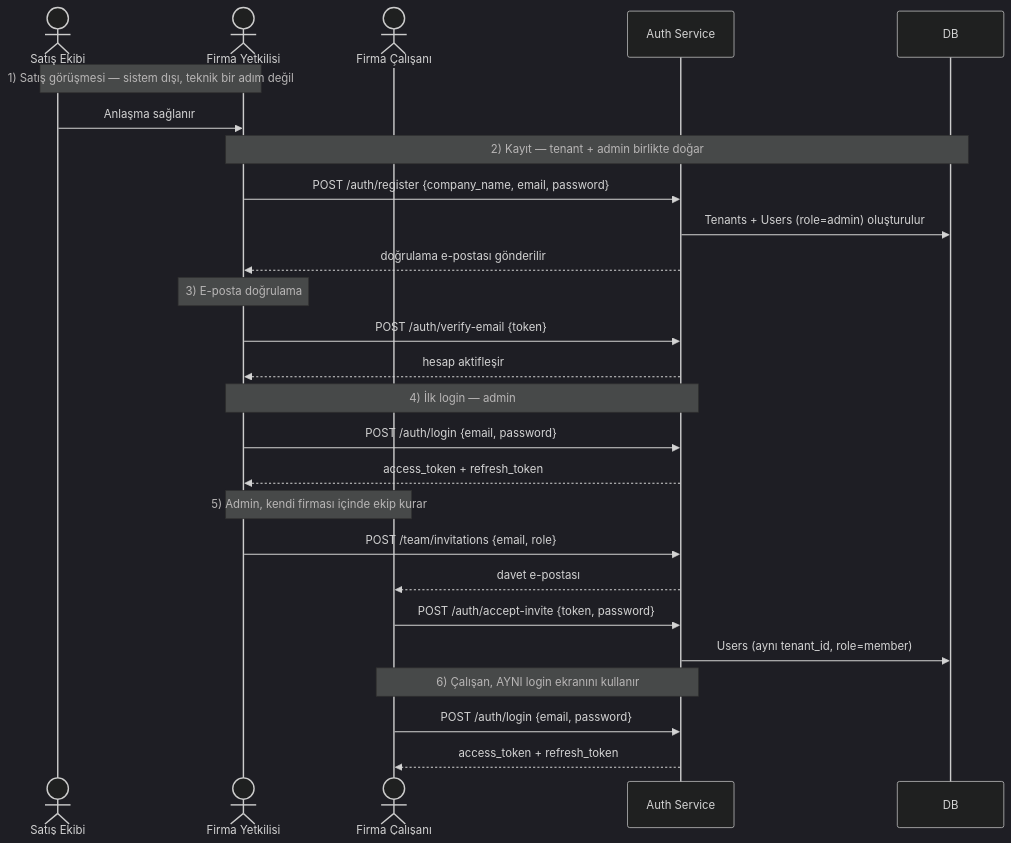
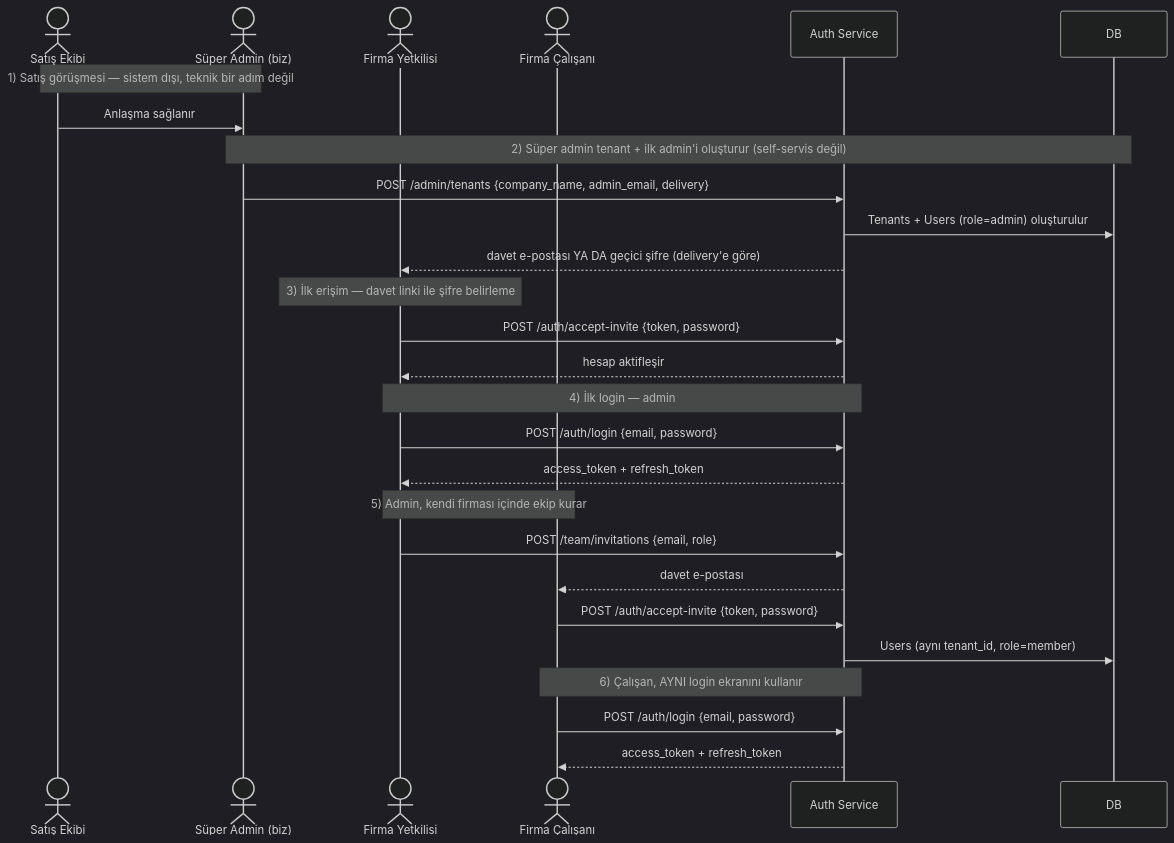
Before and after one commit to yusufkrnz/NPBackDocs: the diagram in docs/use-cases/onboarding-journey.mdx, drawn with Mermaid (dark theme). The commit also changed other lines of this file and 5 other files, not shown here.

First line of the commit message:
Kayıt akışını düzelt: self-servis değil, süper admin tenant+ilk admin oluşturur

````diff
--- a/docs/use-cases/onboarding-journey.mdx
+++ b/docs/use-cases/onboarding-journey.mdx
@@ -16,34 +16,35 @@
 ```mermaid
 sequenceDiagram
     actor Satış as Satış Ekibi
+    actor SA as Süper Admin (biz)
     actor Admin as Firma Yetkilisi
     actor Calisan as Firma Çalışanı
     participant Auth as Auth Service
     participant DB
 
-    Note over Satış,Admin: 1) Satış görüşmesi — sistem dışı, teknik bir adım değil
-    Satış->>Admin: Anlaşma sağlanır
+    Note over Satış,SA: 1) Satış görüşmesi — sistem dışı, teknik bir adım değil
+    Satış->>SA: Anlaşma sağlanır
 
-    Note over Admin,DB: 2) Kayıt — tenant + admin birlikte doğar
-    Admin->>Auth: POST /auth/register {company_name, email, password}
+    Note over SA,DB: 2) Süper admin tenant + ilk admin'i oluşturur (self-servis değil)
+    SA->>Auth: POST /admin/tenants {company_name, admin_email, delivery}
     Auth->>DB: Tenants + Users (role=admin) oluşturulur
-    Auth-->>Admin: doğrulama e-postası gönderilir
+    Auth-->>Admin: davet e-postası YA DA geçici şifre (delivery'e göre)
 
-    Note over Admin: 3) E-posta doğrulama
-    Admin->>Auth: POST /auth/verify-email {token}
+    Note over Admin: 3) İlk erişim — davet linki ile şifre belirleme
+    Admin->>Auth: POST /auth/accept-invite {token, password}
     Auth-->>Admin: hesap aktifleşir
 
     Note over Admin,Auth: 4) İlk login — admin
     Admin->>Auth: POST /auth/login {email, password}
     Auth-->>Admin: access_token + refresh_token
 
     Note over Admin,Calisan: 5) Admin, kendi firması içinde ekip kurar
     Admin->>Auth: POST /team/invitations {email, role}
     Auth-->>Calisan: davet e-postası
     Calisan->>Auth: POST /auth/accept-invite {token, password}
     Auth->>DB: Users (aynı tenant_id, role=member)
 
     Note over Calisan,Auth: 6) Çalışan, AYNI login ekranını kullanır
     Calisan->>Auth: POST /auth/login {email, password}
     Auth-->>Calisan: access_token + refresh_token
 ```
````
